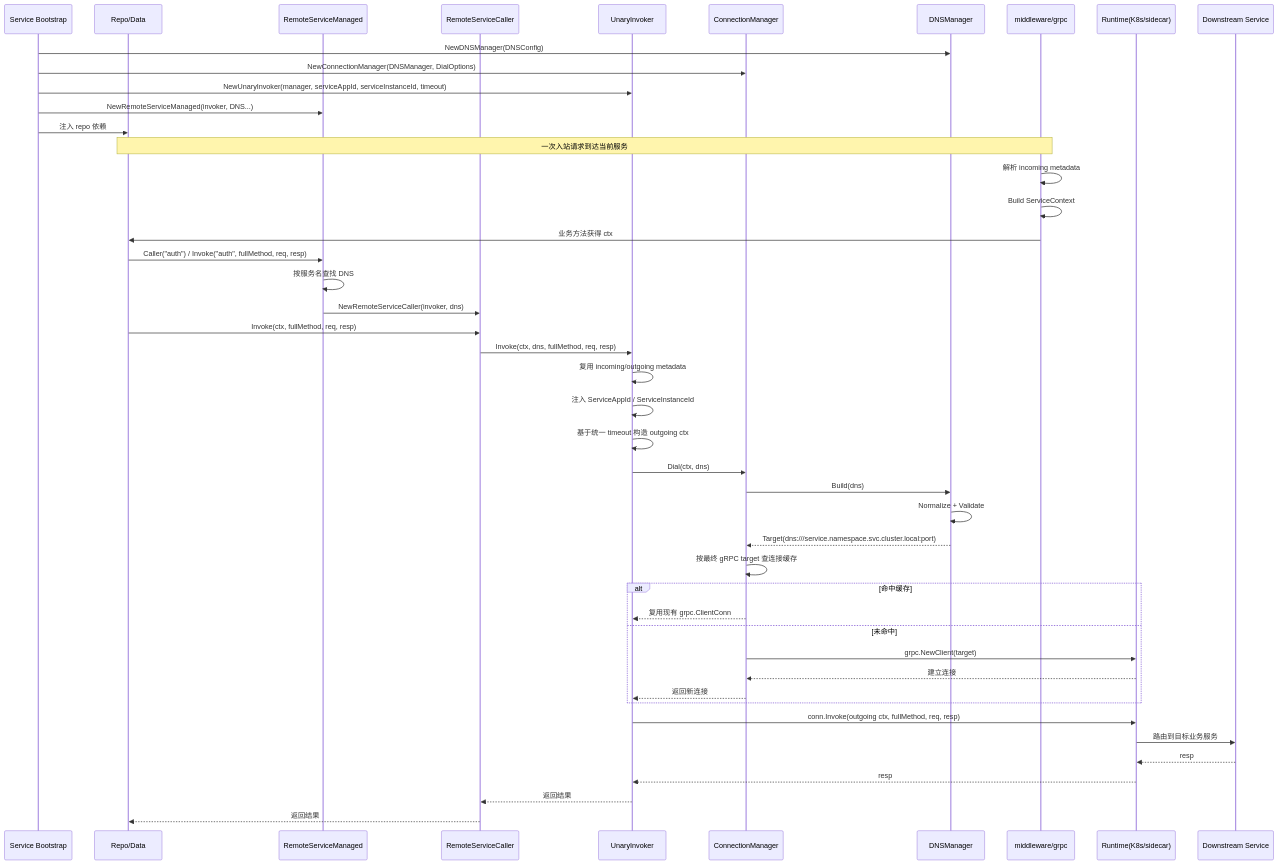
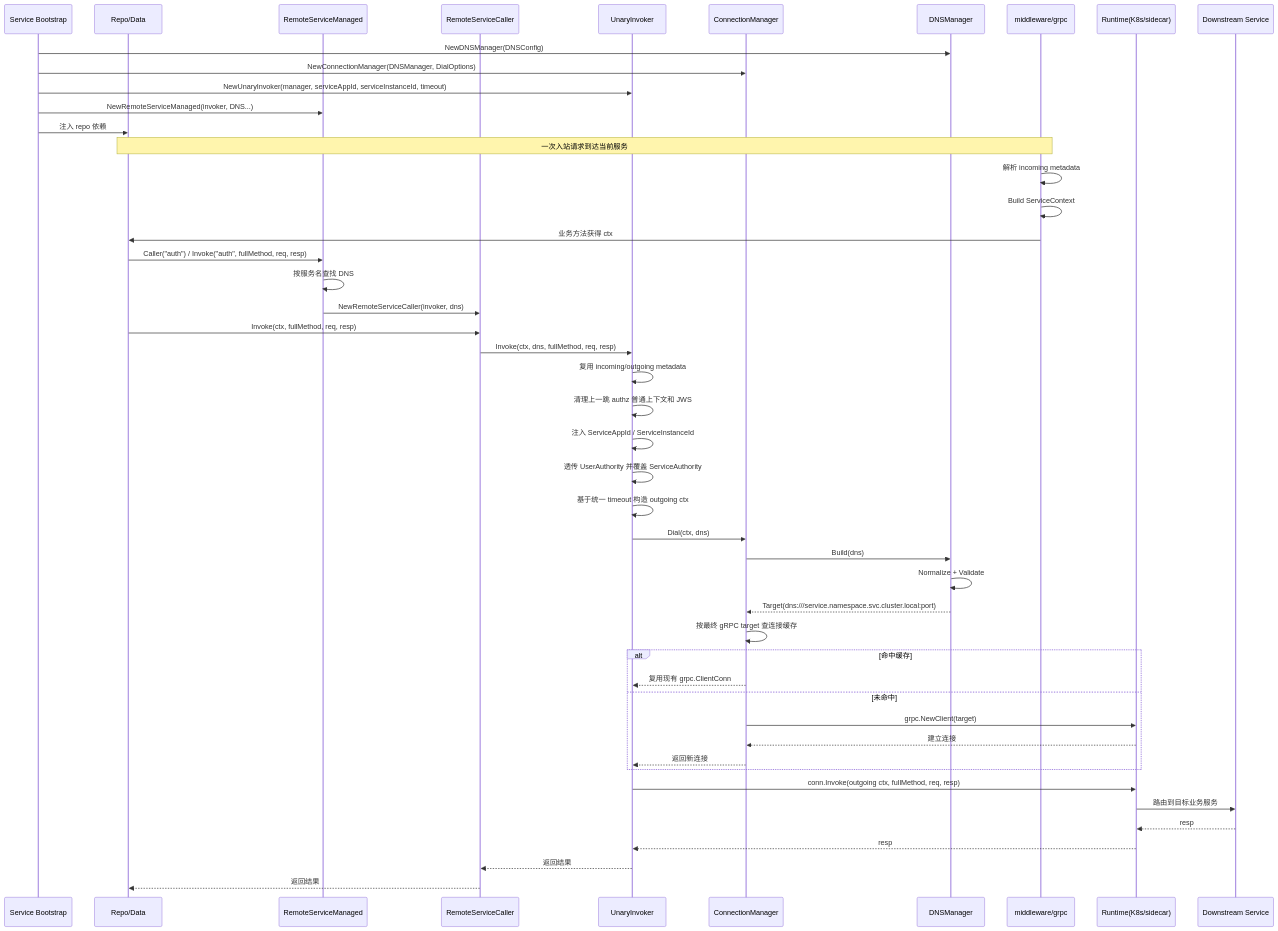
Before and after one commit to fireflycore/go-micro: the diagram in invocation/docs/ARCHITECTURE.md, drawn with Mermaid. The commit also changed other lines of this file and 2 other files, not shown here.

Commit message:
fix: sync docs

````diff
--- a/invocation/docs/ARCHITECTURE.md
+++ b/invocation/docs/ARCHITECTURE.md
@@ -153,53 +155,55 @@
 ```mermaid
 sequenceDiagram
     participant Boot as Service Bootstrap
     participant Repo as Repo/Data
     participant RSM as RemoteServiceManaged
     participant RSC as RemoteServiceCaller
     participant UI as UnaryInvoker
     participant CM as ConnectionManager
     participant DM as DNSManager
     participant MG as middleware/grpc
     participant RT as Runtime(K8s/sidecar)
     participant Down as Downstream Service
 
     Boot->>DM: NewDNSManager(DNSConfig)
     Boot->>CM: NewConnectionManager(DNSManager, DialOptions)
     Boot->>UI: NewUnaryInvoker(manager, serviceAppId, serviceInstanceId, timeout)
     Boot->>RSM: NewRemoteServiceManaged(invoker, DNS...)
     Boot->>Repo: 注入 repo 依赖
 
     Note over MG,Repo: 一次入站请求到达当前服务
     MG->>MG: 解析 incoming metadata
     MG->>MG: Build ServiceContext
     MG->>Repo: 业务方法获得 ctx
 
     Repo->>RSM: Caller("auth") / Invoke("auth", fullMethod, req, resp)
     RSM->>RSM: 按服务名查找 DNS
     RSM->>RSC: NewRemoteServiceCaller(invoker, dns)
     Repo->>RSC: Invoke(ctx, fullMethod, req, resp)
 
     RSC->>UI: Invoke(ctx, dns, fullMethod, req, resp)
     UI->>UI: 复用 incoming/outgoing metadata
+    UI->>UI: 清理上一跳 authz 普通上下文和 JWS
     UI->>UI: 注入 ServiceAppId / ServiceInstanceId
+    UI->>UI: 透传 UserAuthority 并覆盖 ServiceAuthority
     UI->>UI: 基于统一 timeout 构造 outgoing ctx
     UI->>CM: Dial(ctx, dns)
     CM->>DM: Build(dns)
     DM->>DM: Normalize + Validate
     DM-->>CM: Target(dns:///service.namespace.svc.cluster.local:port)
     CM->>CM: 按最终 gRPC target 查连接缓存
     alt 命中缓存
         CM-->>UI: 复用现有 grpc.ClientConn
     else 未命中
         CM->>RT: grpc.NewClient(target)
         RT-->>CM: 建立连接
         CM-->>UI: 返回新连接
     end
 
     UI->>RT: conn.Invoke(outgoing ctx, fullMethod, req, resp)
     RT->>Down: 路由到目标业务服务
     Down-->>RT: resp
     RT-->>UI: resp
     UI-->>RSC: 返回结果
     RSC-->>Repo: 返回结果
 ```
````
